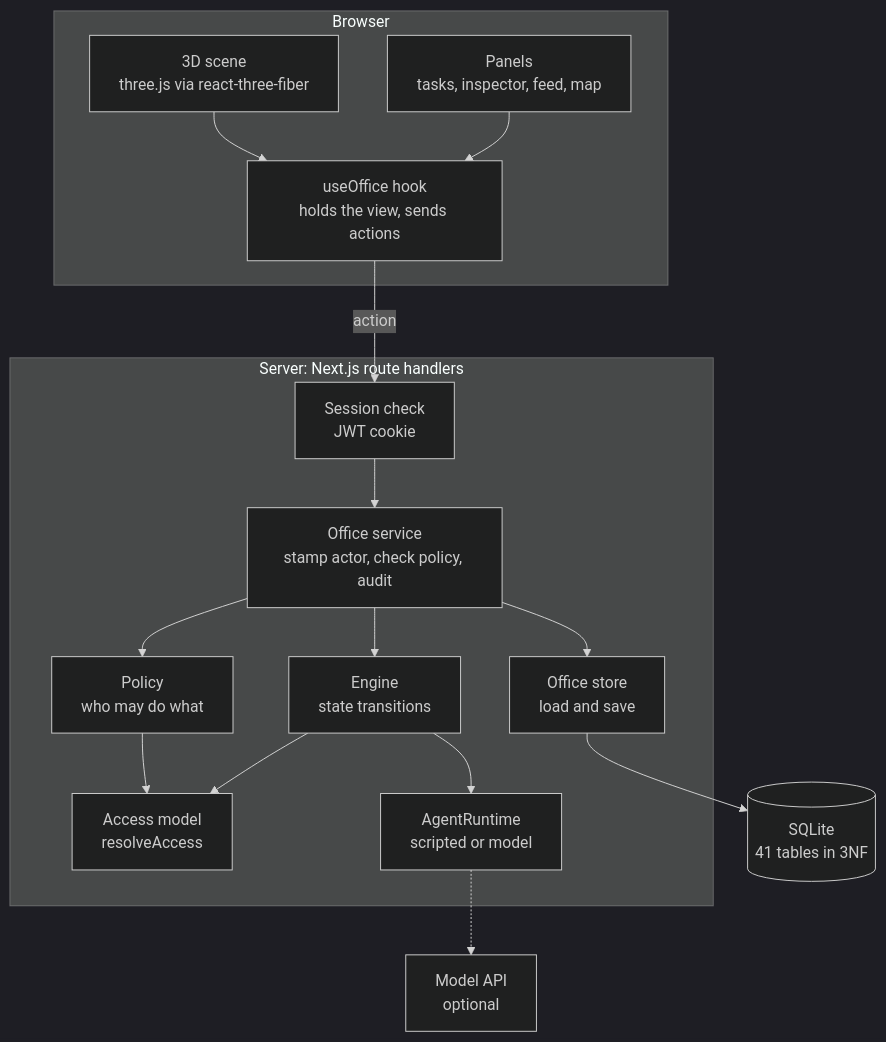
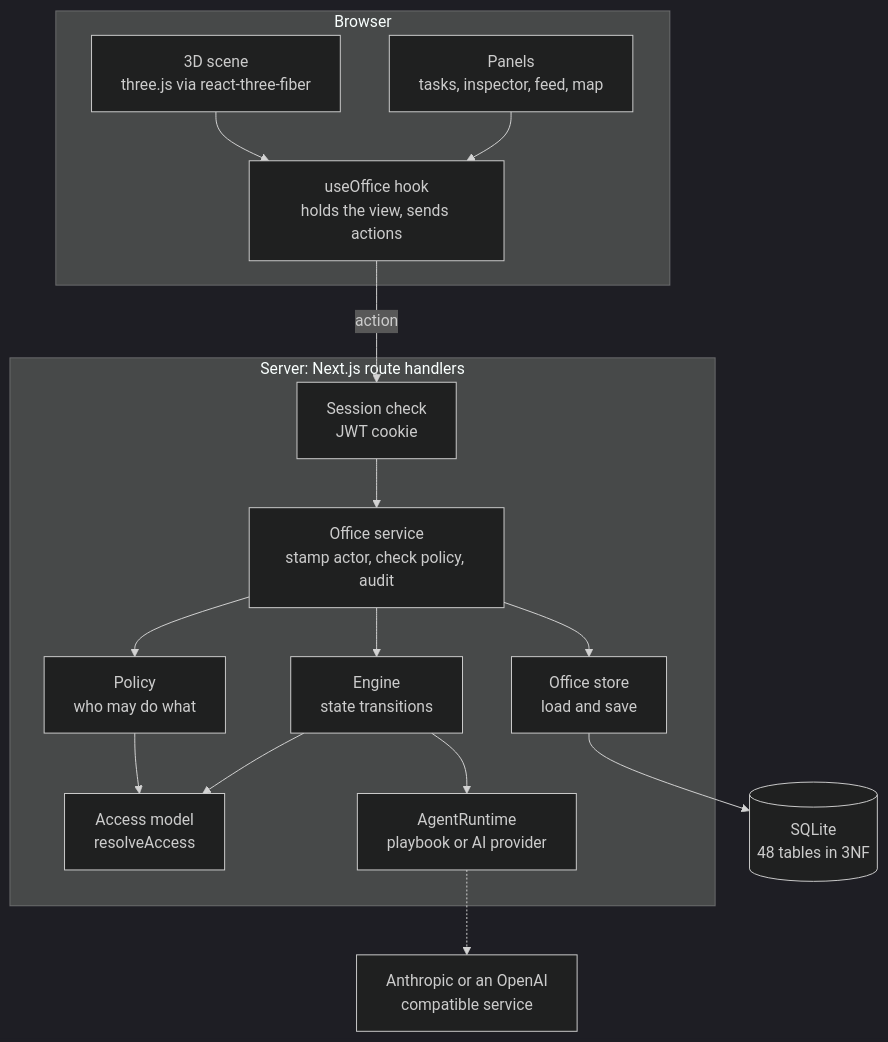
Before and after one commit to seyitgkc/ai-virtual-office: the first of 13 diagrams in README.md, drawn with Mermaid (dark theme). The commit also changed other lines of this file and 1 other file, not shown here.

Commit message:
Document agent kinds, AI providers and role permissions

````diff
--- a/README.md
+++ b/README.md
@@ -317,34 +360,34 @@
 ```mermaid
 flowchart TB
   subgraph Browser
     scene["3D scene<br/>three.js via react-three-fiber"]
     panels["Panels<br/>tasks, inspector, feed, map"]
     hook["useOffice hook<br/>holds the view, sends actions"]
     scene --> hook
     panels --> hook
   end
 
   subgraph Server["Server: Next.js route handlers"]
     http["Session check<br/>JWT cookie"]
     service["Office service<br/>stamp actor, check policy, audit"]
     policy["Policy<br/>who may do what"]
     engine["Engine<br/>state transitions"]
     access["Access model<br/>resolveAccess"]
-    runtime["AgentRuntime<br/>scripted or model"]
+    runtime["AgentRuntime<br/>playbook or AI provider"]
     store["Office store<br/>load and save"]
   end
 
-  db[("SQLite<br/>41 tables in 3NF")]
-  llm["Model API<br/>optional"]
+  db[("SQLite<br/>48 tables in 3NF")]
+  llm["Anthropic or an OpenAI<br/>compatible service"]
 
   hook -->|"action"| http
   http --> service
   service --> policy
   service --> engine
   policy --> access
   engine --> access
   engine --> runtime
   runtime -.-> llm
   service --> store
   store --> db
 ```
````
